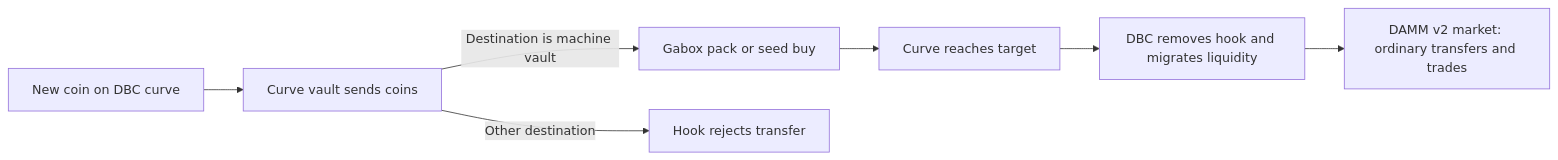
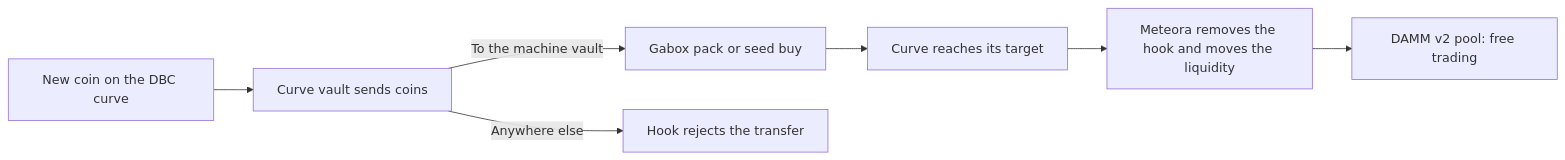
One commit to gabox-labs/docs changed the diagram in hook-and-graduation.mdx. Above: the diagram before and after it, drawn with Mermaid. The commit also changed other lines of this file and 24 other files, not shown here.

````diff
--- a/hook-and-graduation.mdx
+++ b/hook-and-graduation.mdx
@@ -9,9 +9,9 @@
 ```mermaid
 flowchart LR
-  A[New coin on DBC curve] --> B[Curve vault sends coins]
-  B -->|Destination is machine vault| C[Gabox pack or seed buy]
-  B -->|Other destination| D[Hook rejects transfer]
-  C --> E[Curve reaches target]
-  E --> F[DBC removes hook and migrates liquidity]
-  F --> G[DAMM v2 market: ordinary transfers and trades]
+  A[New coin on the DBC curve] --> B[Curve vault sends coins]
+  B -->|To the machine vault| C[Gabox pack or seed buy]
+  B -->|Anywhere else| D[Hook rejects the transfer]
+  C --> E[Curve reaches its target]
+  E --> F[Meteora removes the hook and moves the liquidity]
+  F --> G[DAMM v2 pool: free trading]
 ```
````
